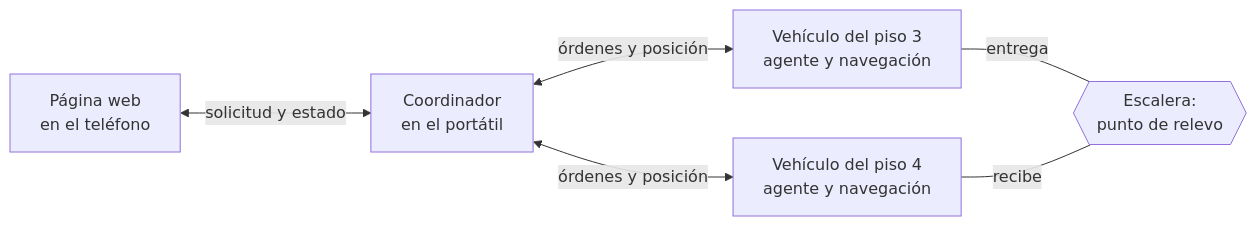
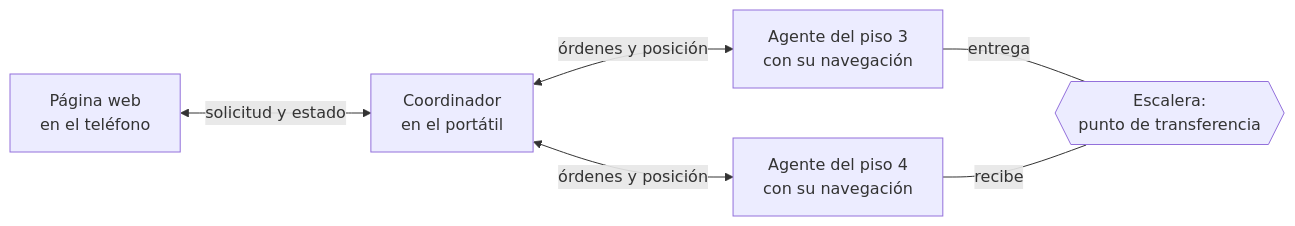
One commit to shdeza12/Collaborative-Mobile-Robot-System-for-Indoor-Navigation-Assistance-in-Multi-Level-Environments changed the first of 2 diagrams in sitio/paginas/como-funciona.md. Above: the diagram before and after it, drawn with Mermaid. The commit also changed other lines of this file and 41 other files, not shown here.

First line of the commit message:
El sitio con el título del documento y sus términos: el usuario y los agentes

````diff
--- a/sitio/paginas/como-funciona.md
+++ b/sitio/paginas/como-funciona.md
@@ -7,8 +7,8 @@
 ```mermaid
 flowchart LR
   T["Página web<br/>en el teléfono"] <-->|"solicitud y estado"| C["Coordinador<br/>en el portátil"]
-  C <-->|"órdenes y posición"| A1["Vehículo del piso 3<br/>agente y navegación"]
-  C <-->|"órdenes y posición"| A2["Vehículo del piso 4<br/>agente y navegación"]
-  A1 ---|entrega| E{{"Escalera:<br/>punto de relevo"}}
+  C <-->|"órdenes y posición"| A1["Agente del piso 3<br/>con su navegación"]
+  C <-->|"órdenes y posición"| A2["Agente del piso 4<br/>con su navegación"]
+  A1 ---|entrega| E{{"Escalera:<br/>punto de transferencia"}}
   A2 ---|recibe| E
 ```
````
